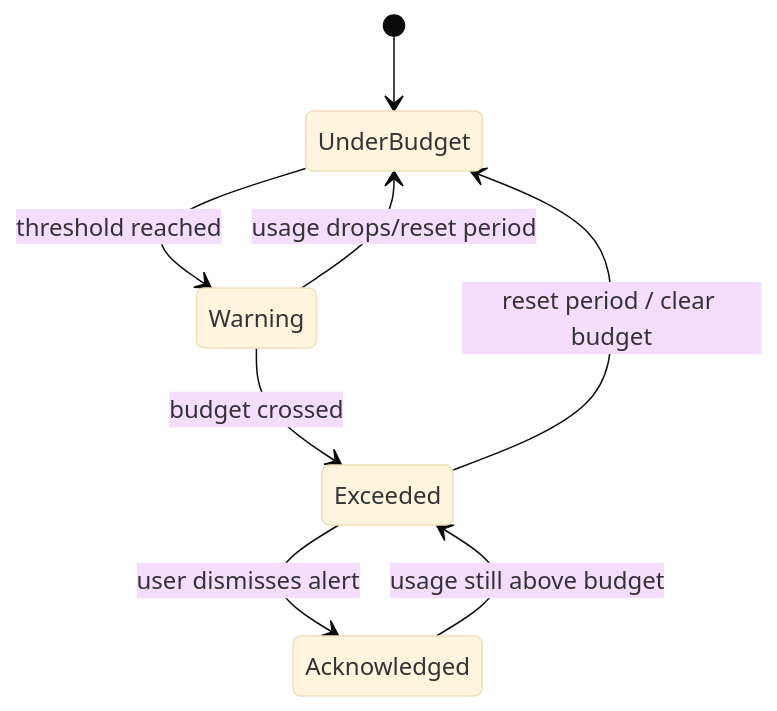
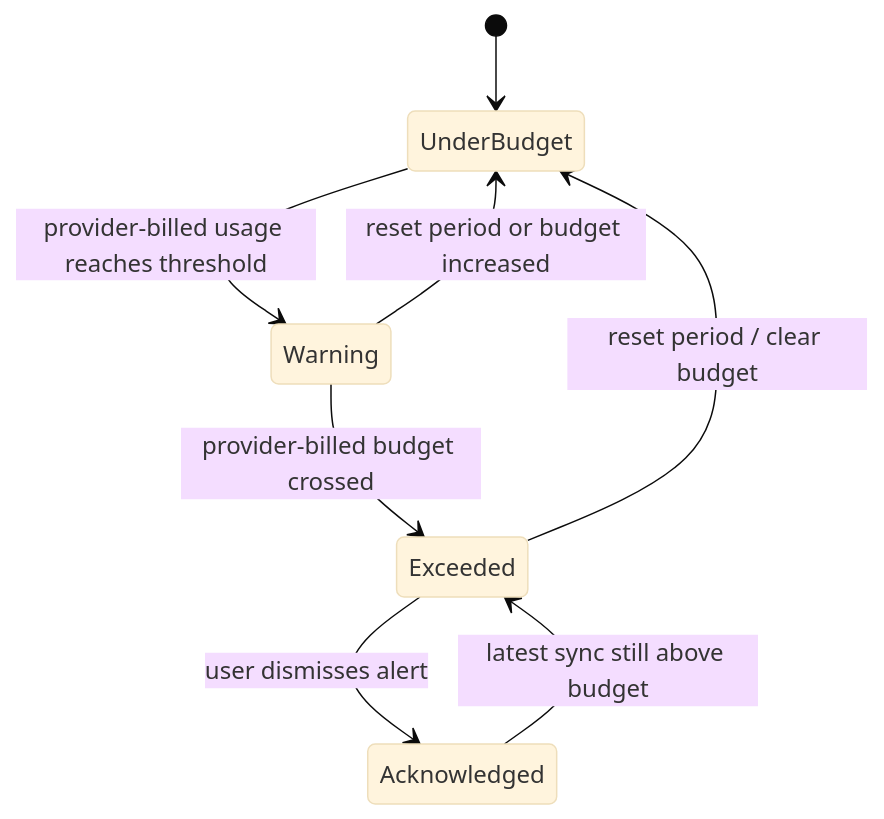
Before and after one commit to BrandonHowe/cs485-llm-ide: the diagram in cs485/diagrams/userstory2/state-diagrams-2.mmd, drawn with Mermaid (base theme). The commit also changed 15 other files, not shown here.

```diff
--- a/cs485/diagrams/userstory2/state-diagrams-2.mmd
+++ b/cs485/diagrams/userstory2/state-diagrams-2.mmd
@@ -1,8 +1,8 @@
-stateDiagram-v2
+stateDiagram
   [*] --> UnderBudget
-  UnderBudget --> Warning: threshold reached
-  Warning --> UnderBudget: usage drops/reset period
-  Warning --> Exceeded: budget crossed
+  UnderBudget --> Warning: provider-billed usage reaches threshold
+  Warning --> UnderBudget: reset period or budget increased
+  Warning --> Exceeded: provider-billed budget crossed
   Exceeded --> Acknowledged: user dismisses alert
-  Acknowledged --> Exceeded: usage still above budget
+  Acknowledged --> Exceeded: latest sync still above budget
   Exceeded --> UnderBudget: reset period / clear budget
```
